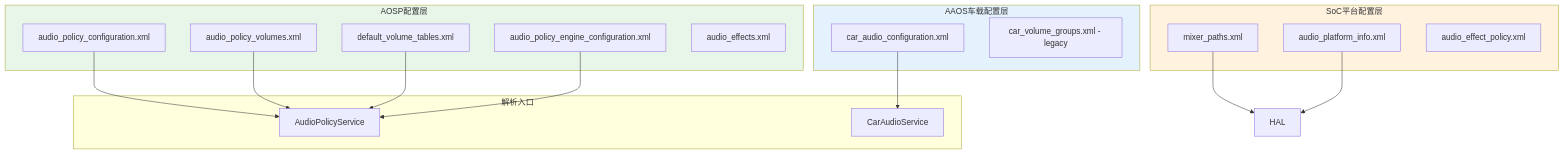
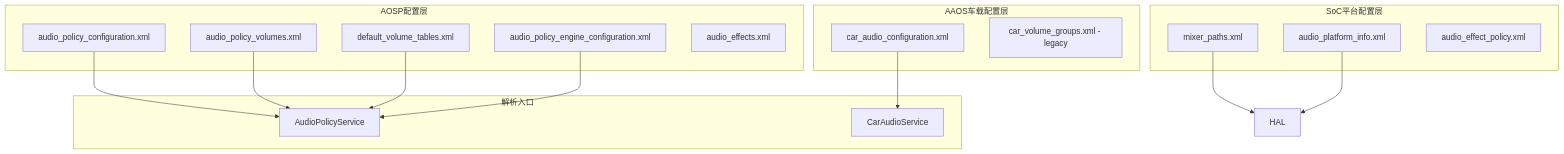
Before and after one commit to yanglinzhen1022/SA8295_AAOS_QNX_Audio_KnowledgeBase: the first of 3 diagrams in 11_Vendor_Layer/11_11.1_配置文件体系总览.md, drawn with Mermaid. The commit also changed 48 other files, not shown here.

````diff
--- a/11_Vendor_Layer/11_11.1_配置文件体系总览.md
+++ b/11_Vendor_Layer/11_11.1_配置文件体系总览.md
@@ -11,35 +11,31 @@
 ```mermaid
 graph TB
     subgraph AOSP配置层
         APC[audio_policy_configuration.xml]
         APV[audio_policy_volumes.xml]
         DVT[default_volume_tables.xml]
         APEC[audio_policy_engine_configuration.xml]
         AEP[audio_effects.xml]
     end
     subgraph AAOS车载配置层
         CAC[car_audio_configuration.xml]
         CVP[car_volume_groups.xml - legacy]
     end
     subgraph SoC平台配置层
         MP[mixer_paths.xml]
         API[audio_platform_info.xml]
         AEP2[audio_effect_policy.xml]
     end
     subgraph 解析入口
         APS[AudioPolicyService]
         CAS[CarAudioService]
     end
 
     APC --> APS
     APV --> APS
     DVT --> APS
     APEC --> APS
     CAC --> CAS
     MP --> HAL
     API --> HAL
-
-    style AOSP配置层 fill:#e8f5e9
-    style AAOS车载配置层 fill:#e3f2fd
-    style SoC平台配置层 fill:#fff3e0
 ```
````
